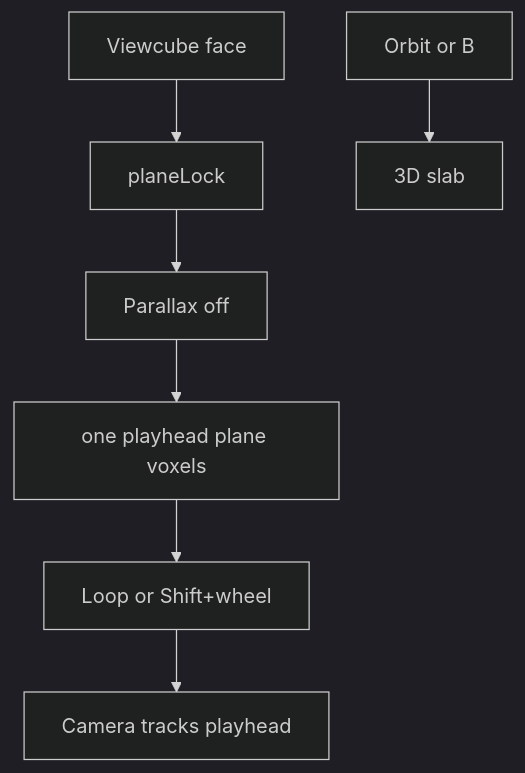
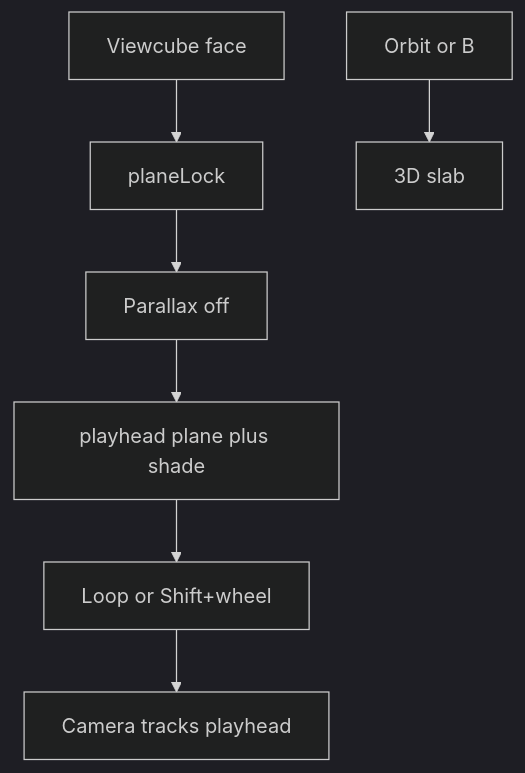
Diagram 17 of 21 in docs/gui.md (PiMaV/DONNER), drawn with Mermaid (dark theme) before and after one commit. The commit also changed other lines of this file and 12 other files, not shown here.

````diff
--- a/docs/gui.md
+++ b/docs/gui.md
@@ -543,14 +549,14 @@
 ```mermaid
 flowchart TB
   face[Viewcube face]
   lock[planeLock]
   ortho[Parallax off]
-  one[one playhead plane voxels]
+  one[playhead plane plus shade]
   page[Loop or Shift+wheel]
   track[Camera tracks playhead]
   orbit[Orbit or B]
   volume[3D slab]
   face --> lock --> ortho --> one
   one --> page --> track
   orbit --> volume
 ```
````
